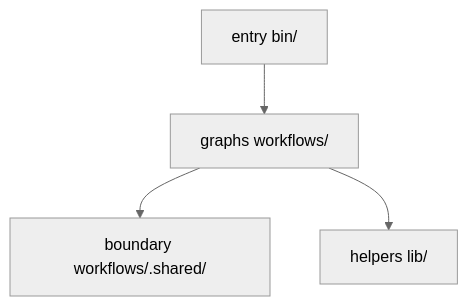
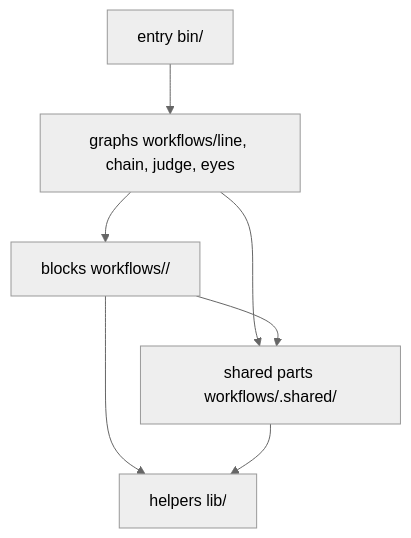
One commit to raiki61/works-factory changed the diagram in README.md. Above: the diagram before and after it, drawn with Mermaid (neutral theme). The commit also changed other lines of this file and 1642 other files, not shown here.

First line of the commit message:
#765 の組み込み: 部品を本線と周の鎖につなぎ、blocks/ を workflows/ に入れ替える (#794)

````diff
--- a/README.md
+++ b/README.md
@@ -192,6 +192,9 @@
 ```mermaid
 flowchart TB
-  entry["entry bin/"] --> wf["graphs workflows/"]
-  wf --> shared["boundary workflows/.shared/"]
-  wf --> lib["helpers lib/"]
+  entry["entry bin/"] --> graphs["graphs workflows/line, chain, judge, eyes"]
+  graphs --> blocks["blocks workflows/<block>/"]
+  graphs --> shared["shared parts workflows/.shared/"]
+  blocks --> shared
+  blocks --> lib["helpers lib/"]
+  shared --> lib
 ```
````
